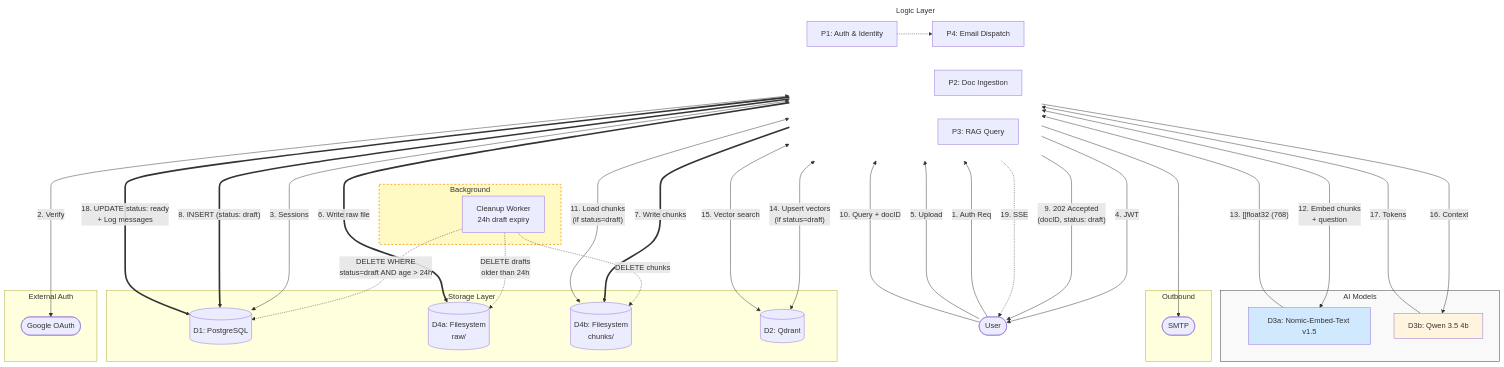
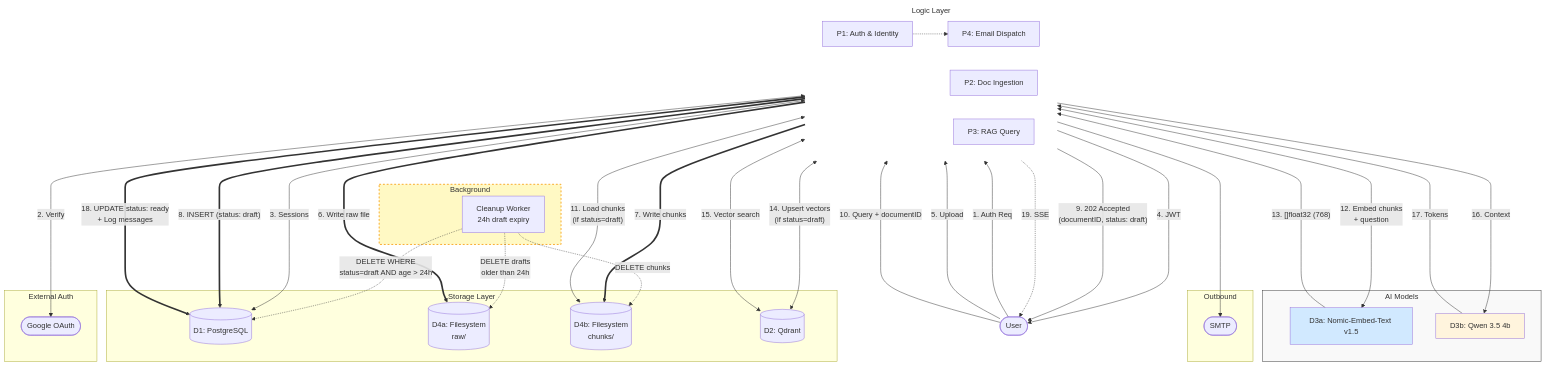
Before and after one commit to ABDELRAHMAN-ELRAYES/Vai: the second of 5 diagrams in docs/diagrams/DFD.md, drawn with Mermaid. The commit also changed other lines of this file and 41 other files, not shown here.

````diff
--- a/docs/diagrams/DFD.md
+++ b/docs/diagrams/DFD.md
@@ -48,78 +51,78 @@
 ```mermaid
 flowchart TD
     %% User at the very top
     User([User])
 
     %% Middle Tier: The Processing Engines
     subgraph Engines [Logic Layer]
         direction LR
         P1[P1: Auth & Identity]
         P2[P2: Doc Ingestion]
         P3[P3: RAG Query]
         P4[P4: Email Dispatch]
     end
 
     subgraph Auth_System [External Auth]
         Google([Google OAuth])
     end
 
     subgraph Storage [Storage Layer]
         DB[(D1: PostgreSQL)]
         FS_RAW[(D4a: Filesystem\nraw/)]
         FS_TMP[(D4b: Filesystem\nchunks/)]
         QD[(D2: Qdrant)]
     end
 
     subgraph Ollama [AI Models]
         OL_EMB[D3a: Nomic-Embed-Text v1.5]
         OL_GEN[D3b: Qwen 3.5 4b]
     end
 
     subgraph Comms [Outbound]
         SMTP([SMTP])
     end
 
     subgraph Cleanup [Background]
         BG[Cleanup Worker\n24h draft expiry]
     end
 
     %% P1 PATH
     User --->|"1. Auth Req"| P1
     P1 <--->|"2. Verify"| Google
     P1 <--->|"3. Sessions"| DB
     P1 --->|"4. JWT"| User
 
     %% P2 PATH — Upload only: validate, decode, chunk, save drafts
     User --->|"5. Upload"| P2
     P2 ==>|"6. Write raw file"| FS_RAW
     P2 ==>|"7. Write chunks"| FS_TMP
     P2 ==>|"8. INSERT (status: draft)"| DB
-    P2 --->|"9. 202 Accepted\n(docID, status: draft)"| User
+    P2 --->|"9. 202 Accepted\n(documentID, status: draft)"| User
 
     %% P3 PATH — Message send: deferred embed + RAG
-    User --->|"10. Query + docID"| P3
+    User --->|"10. Query + documentID"| P3
     P3 <-->|"11. Load chunks\n(if status=draft)"| FS_TMP
     P3 <-->|"12. Embed chunks\n+ question"| OL_EMB
     OL_EMB --->|"13. []float32 (768)"| P3
     P3 <-->|"14. Upsert vectors\n(if status=draft)"| QD
     P3 <-->|"15. Vector search"| QD
     P3 --->|"16. Context"| OL_GEN
     OL_GEN --->|"17. Tokens"| P3
     P3 ==>|"18. UPDATE status: ready\n+ Log messages"| DB
     P3 -.->|"19. SSE"| User
 
     %% P4 PATH
     P1 -.-> P4
     P4 ---> SMTP
 
     %% Cleanup PATH
     BG -.->|"DELETE drafts\nolder than 24h"| FS_RAW
     BG -.->|"DELETE chunks"| FS_TMP
     BG -.->|"DELETE WHERE\nstatus=draft AND age > 24h"| DB
 
     style Engines fill:none,stroke:none
     style Ollama fill:#f9f9f9,stroke:#333
     style OL_EMB fill:#d1e9ff
     style OL_GEN fill:#fff4dd
     style Cleanup fill:#fff9c4,stroke:#f9a825,stroke-width:2px,stroke-dasharray: 4 4
 ```
````
